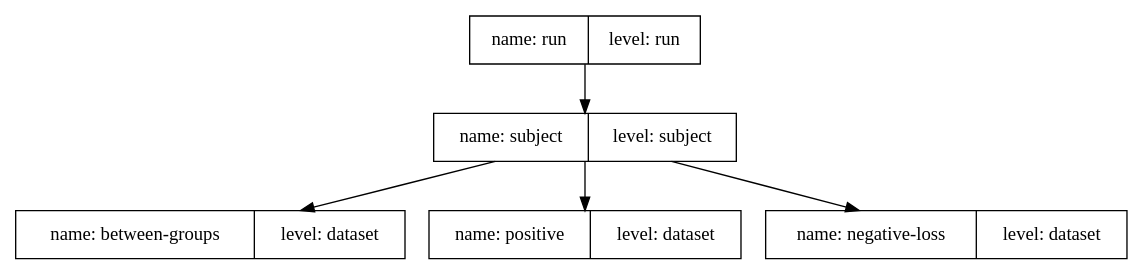
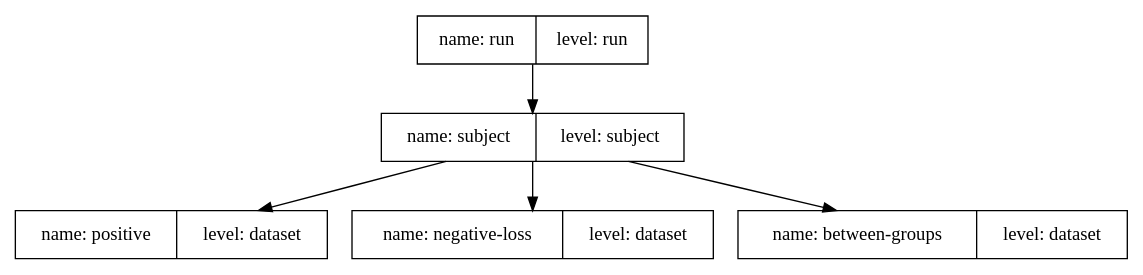
One commit to bids-standard/model-zoo changed the diagram in model-zoo/exhibits/narps/graph.dot. Above: the diagram before and after it, drawn with Graphviz. The commit also changed other lines of this file and 5 other files, not shown here.

```diff
--- a/model-zoo/exhibits/narps/graph.dot
+++ b/model-zoo/exhibits/narps/graph.dot
@@ -1,13 +1,13 @@
 // NARPS
 digraph structs {
 	node [shape=record]
 	run [label="<f0> name: run|<f1> level: run"]
 	subject [label="<f0> name: subject|<f1> level: subject"]
-	"between-groups" [label="<f0> name: between-groups|<f1> level: dataset"]
 	positive [label="<f0> name: positive|<f1> level: dataset"]
 	"negative-loss" [label="<f0> name: negative-loss|<f1> level: dataset"]
+	"between-groups" [label="<f0> name: between-groups|<f1> level: dataset"]
 	run -> subject
 	subject -> positive
 	subject -> "negative-loss"
 	subject -> "between-groups"
 }
```
